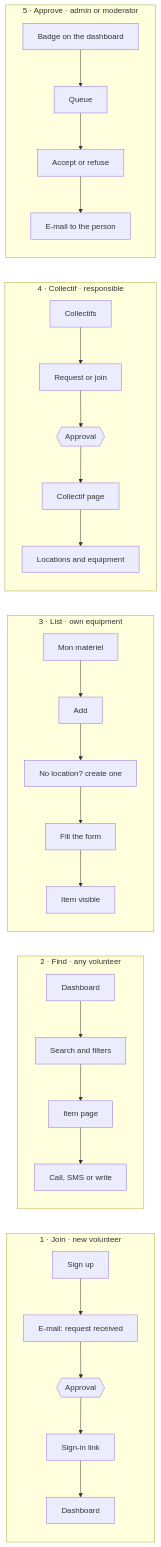
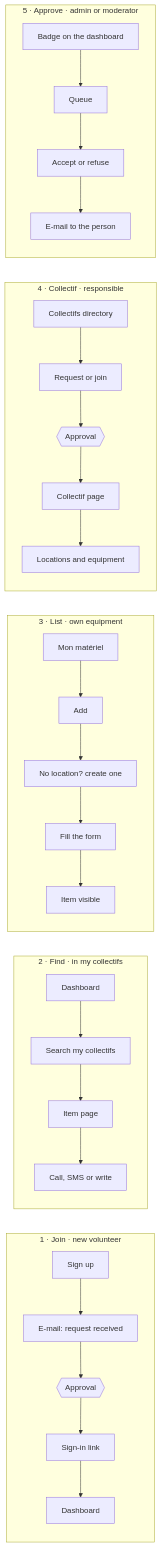
One commit to CollectiFrog/InventAssos changed the second of 2 diagrams in docs/dev/architecture/ui.md. Above: the diagram before and after it, drawn with Mermaid. The commit also changed other lines of this file and 10 other files, not shown here.

````diff
--- a/docs/dev/architecture/ui.md
+++ b/docs/dev/architecture/ui.md
@@ -79,18 +84,18 @@
 ```mermaid
 flowchart LR
   subgraph j1[1 · Join · new volunteer]
     a1[Sign up] --> a2[E-mail: request received] --> a3{{Approval}} --> a4[Sign-in link] --> a5[Dashboard]
   end
-  subgraph j2[2 · Find · any volunteer]
-    b1[Dashboard] --> b2[Search and filters] --> b3[Item page] --> b4[Call, SMS or write]
+  subgraph j2[2 · Find · in my collectifs]
+    b1[Dashboard] --> b2[Search my collectifs] --> b3[Item page] --> b4[Call, SMS or write]
   end
   subgraph j3[3 · List · own equipment]
     c1[Mon matériel] --> c2[Add] --> c3[No location? create one] --> c4[Fill the form] --> c5[Item visible]
   end
   subgraph j4[4 · Collectif · responsible]
-    d1[Collectifs] --> d2[Request or join] --> d3{{Approval}} --> d4[Collectif page] --> d5[Locations and equipment]
+    d1[Collectifs directory] --> d2[Request or join] --> d3{{Approval}} --> d4[Collectif page] --> d5[Locations and equipment]
   end
   subgraph j5[5 · Approve · admin or moderator]
     e1[Badge on the dashboard] --> e2[Queue] --> e3[Accept or refuse] --> e4[E-mail to the person]
   end
 ```
````
